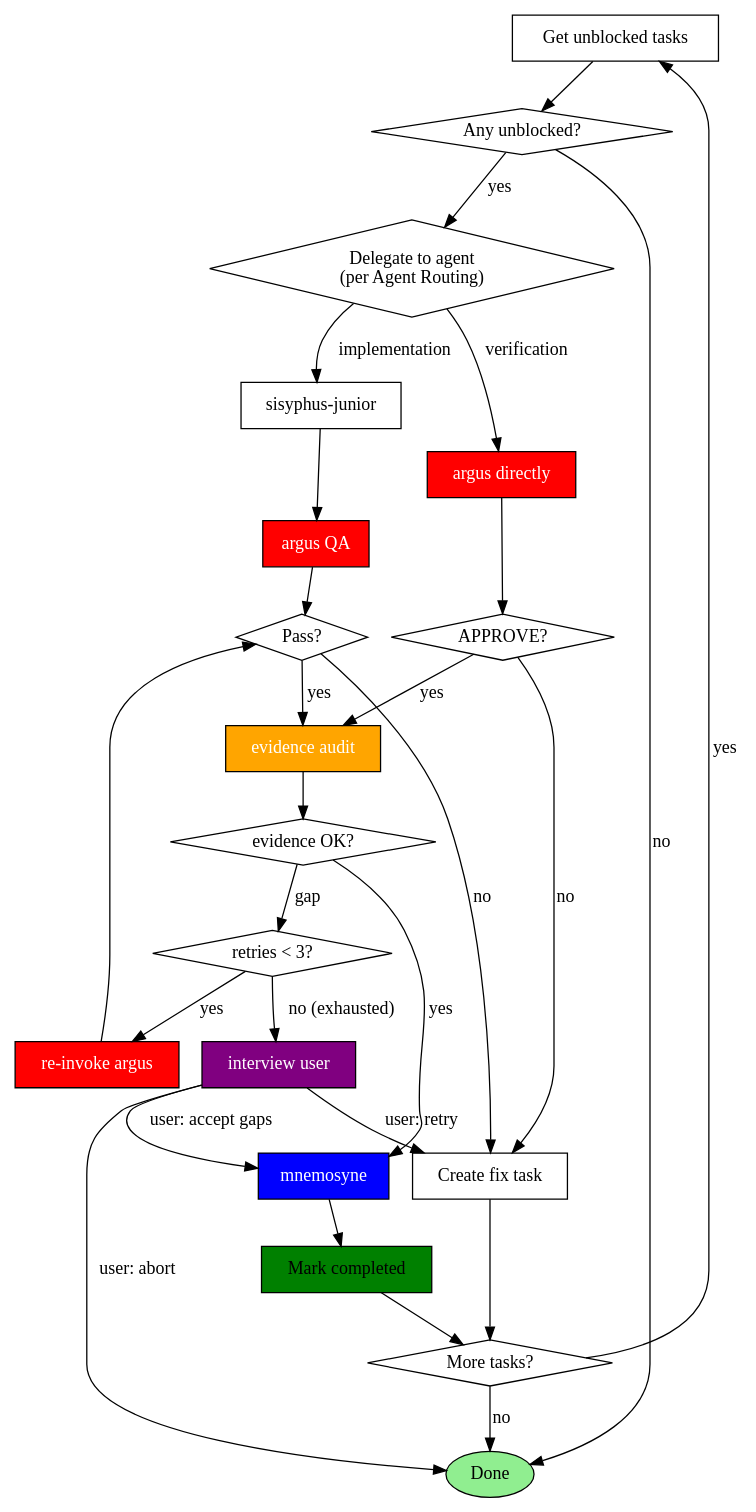
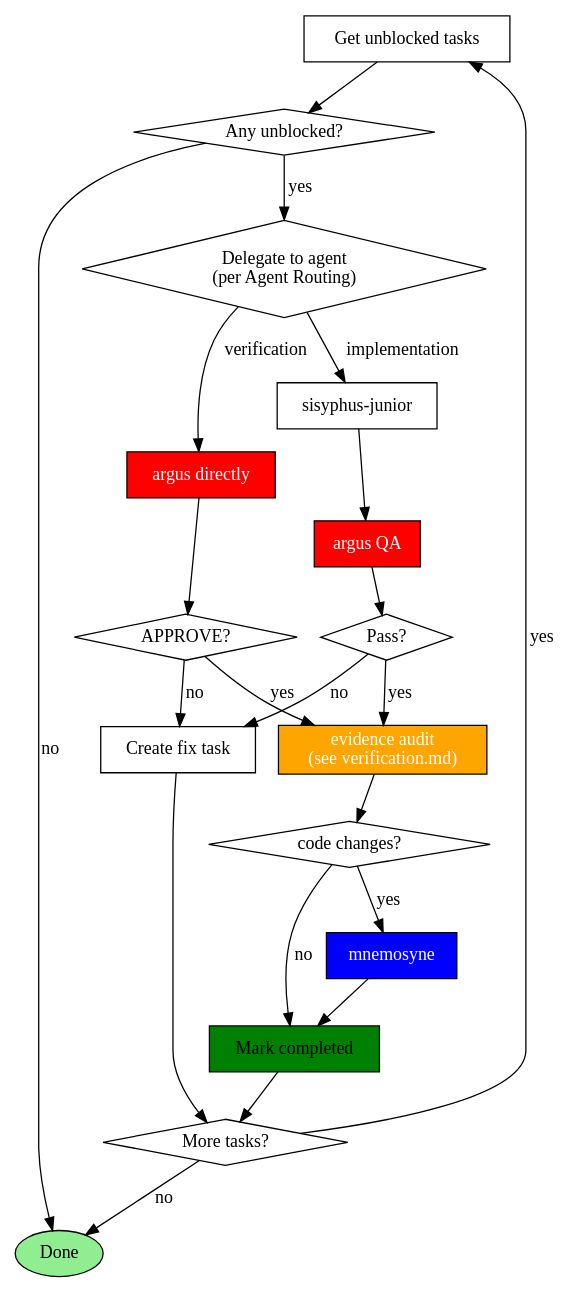
One commit to toongri/oh-my-toong-playground changed the diagram in skills/sisyphus/SKILL.md. Above: the diagram before and after it, drawn with Graphviz. The commit also changed other lines of this file and 4 other files, not shown here.

````diff
--- a/skills/sisyphus/SKILL.md
+++ b/skills/sisyphus/SKILL.md
@@ -126,50 +126,41 @@
 ```dot
 digraph task_loop {
     rankdir=TB;
     "Get unblocked tasks" [shape=box];
     "Any unblocked?" [shape=diamond];
     "Delegate to agent\n(per Agent Routing)" [shape=diamond];
     "sisyphus-junior" [shape=box];
     "argus directly" [shape=box, style=filled, fillcolor=red, fontcolor=white];
     "argus QA" [shape=box, style=filled, fillcolor=red, fontcolor=white];
     "Pass?" [shape=diamond];
     "APPROVE?" [shape=diamond];
-    "evidence audit" [shape=box, style=filled, fillcolor=orange, fontcolor=white];
-    "evidence OK?" [shape=diamond];
+    "evidence audit\n(see verification.md)" [shape=box, style=filled, fillcolor=orange, fontcolor=white];
+    "code changes?" [shape=diamond];
     "mnemosyne" [shape=box, style=filled, fillcolor=blue, fontcolor=white];
     "Mark completed" [shape=box, style=filled, fillcolor=green];
     "Create fix task" [shape=box];
-    "re-invoke argus" [shape=box, style=filled, fillcolor=red, fontcolor=white];
-    "retries < 3?" [shape=diamond];
-    "interview user" [shape=box, style=filled, fillcolor=purple, fontcolor=white];
     "More tasks?" [shape=diamond];
     "Done" [shape=ellipse, style=filled, fillcolor=lightgreen];
 
     "Get unblocked tasks" -> "Any unblocked?";
     "Any unblocked?" -> "Delegate to agent\n(per Agent Routing)" [label="yes"];
     "Any unblocked?" -> "Done" [label="no"];
     "Delegate to agent\n(per Agent Routing)" -> "sisyphus-junior" [label="implementation"];
     "Delegate to agent\n(per Agent Routing)" -> "argus directly" [label="verification"];
     "sisyphus-junior" -> "argus QA";
     "argus QA" -> "Pass?";
-    "Pass?" -> "evidence audit" [label="yes"];
-    "evidence audit" -> "evidence OK?";
-    "evidence OK?" -> "mnemosyne" [label="yes"];
-    "evidence OK?" -> "retries < 3?" [label="gap"];
-    "retries < 3?" -> "re-invoke argus" [label="yes"];
-    "retries < 3?" -> "interview user" [label="no (exhausted)"];
-    "interview user" -> "Create fix task" [label="user: retry"];
-    "interview user" -> "mnemosyne" [label="user: accept gaps"];
-    "interview user" -> "Done" [label="user: abort"];
-    "re-invoke argus" -> "Pass?";
+    "Pass?" -> "evidence audit\n(see verification.md)" [label="yes"];
     "Pass?" -> "Create fix task" [label="no"];
+    "evidence audit\n(see verification.md)" -> "code changes?";
+    "code changes?" -> "mnemosyne" [label="yes"];
+    "code changes?" -> "Mark completed" [label="no"];
     "mnemosyne" -> "Mark completed";
     "argus directly" -> "APPROVE?";
-    "APPROVE?" -> "evidence audit" [label="yes"];
+    "APPROVE?" -> "evidence audit\n(see verification.md)" [label="yes"];
     "APPROVE?" -> "Create fix task" [label="no"];
     "Mark completed" -> "More tasks?";
     "Create fix task" -> "More tasks?";
     "More tasks?" -> "Get unblocked tasks" [label="yes"];
     "More tasks?" -> "Done" [label="no"];
 }
 ```
````
